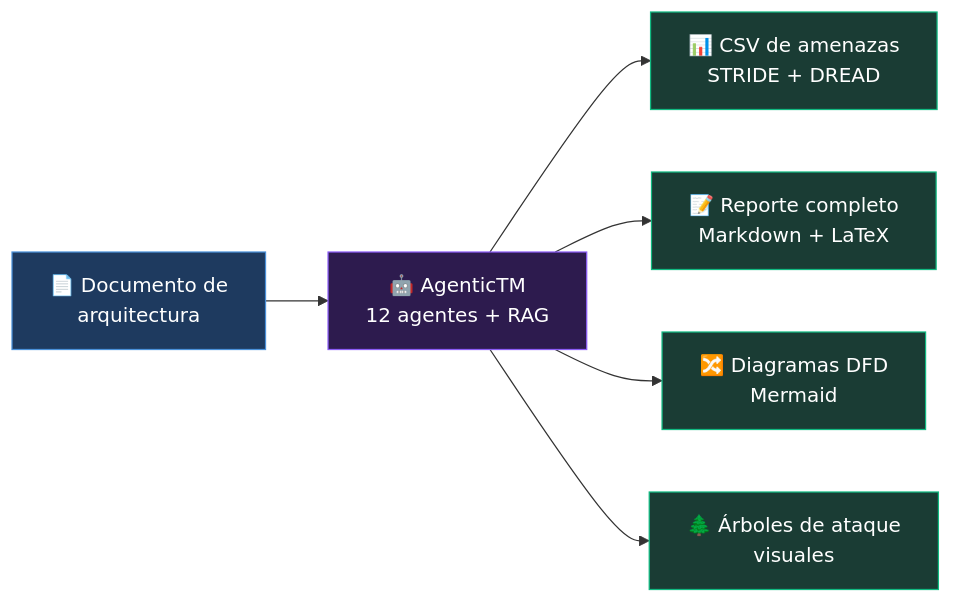
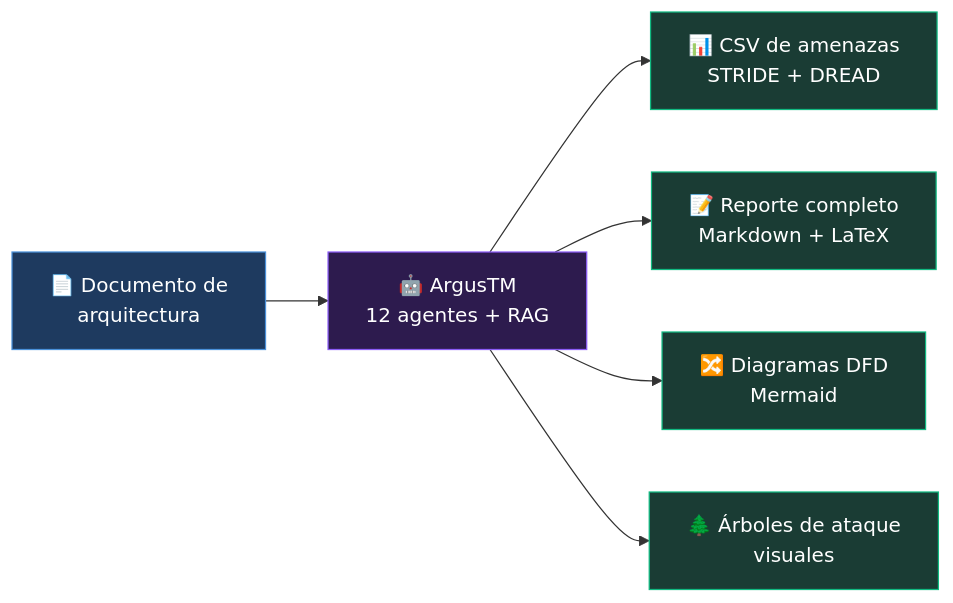
The first of 2 diagrams in docs/01_introduccion.md (philocyber/argus-v1), drawn with Mermaid before and after one commit. The commit also changed other lines of this file and 47 other files, not shown here.

````diff
--- a/docs/01_introduccion.md
+++ b/docs/01_introduccion.md
@@ -46,15 +46,15 @@
 ```mermaid
 graph LR
-    A["📄 Documento de<br/>arquitectura"] --> B["🤖 AgenticTM<br/>12 agentes + RAG"]
+    A["📄 Documento de<br/>arquitectura"] --> B["🤖 ArgusTM<br/>12 agentes + RAG"]
     B --> C["📊 CSV de amenazas<br/>STRIDE + DREAD"]
     B --> D["📝 Reporte completo<br/>Markdown + LaTeX"]
     B --> E["🔀 Diagramas DFD<br/>Mermaid"]
     B --> F["🌲 Árboles de ataque<br/>visuales"]
 
     style A fill:#1e3a5f,stroke:#4a90d9,color:#fff
     style B fill:#2d1b4e,stroke:#8b5cf6,color:#fff
     style C fill:#1a3c34,stroke:#10b981,color:#fff
     style D fill:#1a3c34,stroke:#10b981,color:#fff
     style E fill:#1a3c34,stroke:#10b981,color:#fff
     style F fill:#1a3c34,stroke:#10b981,color:#fff
 ```
````
